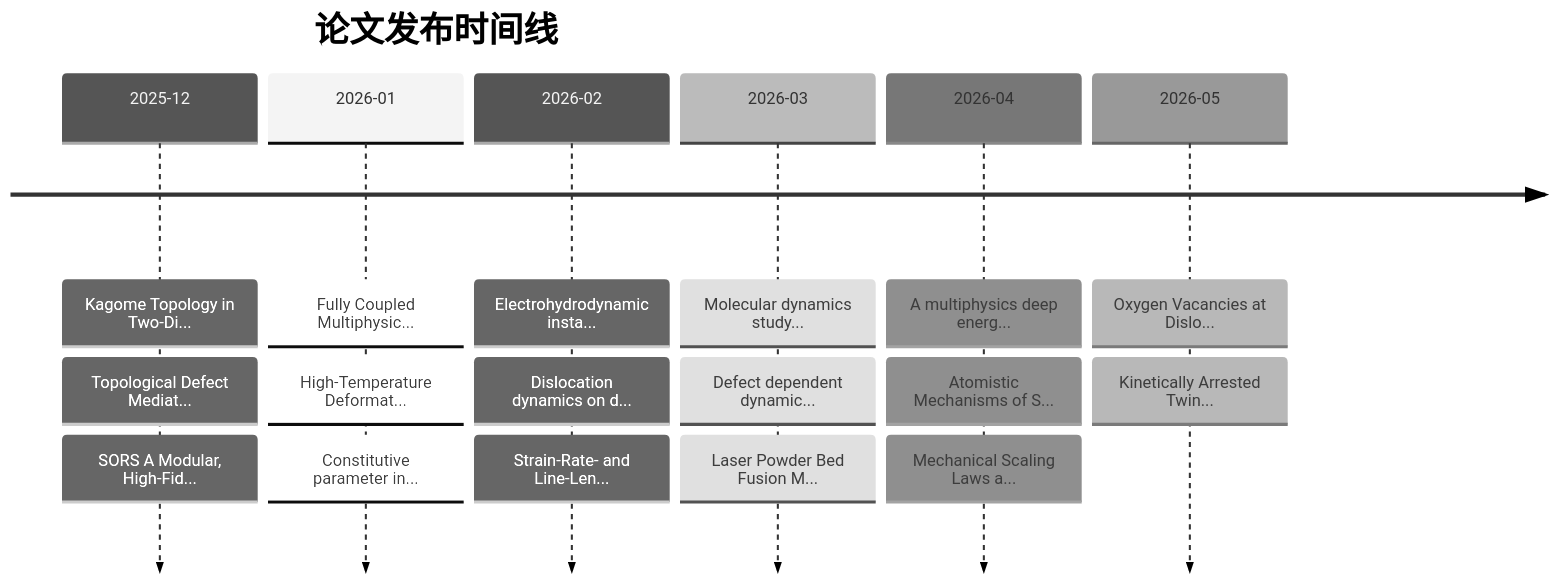
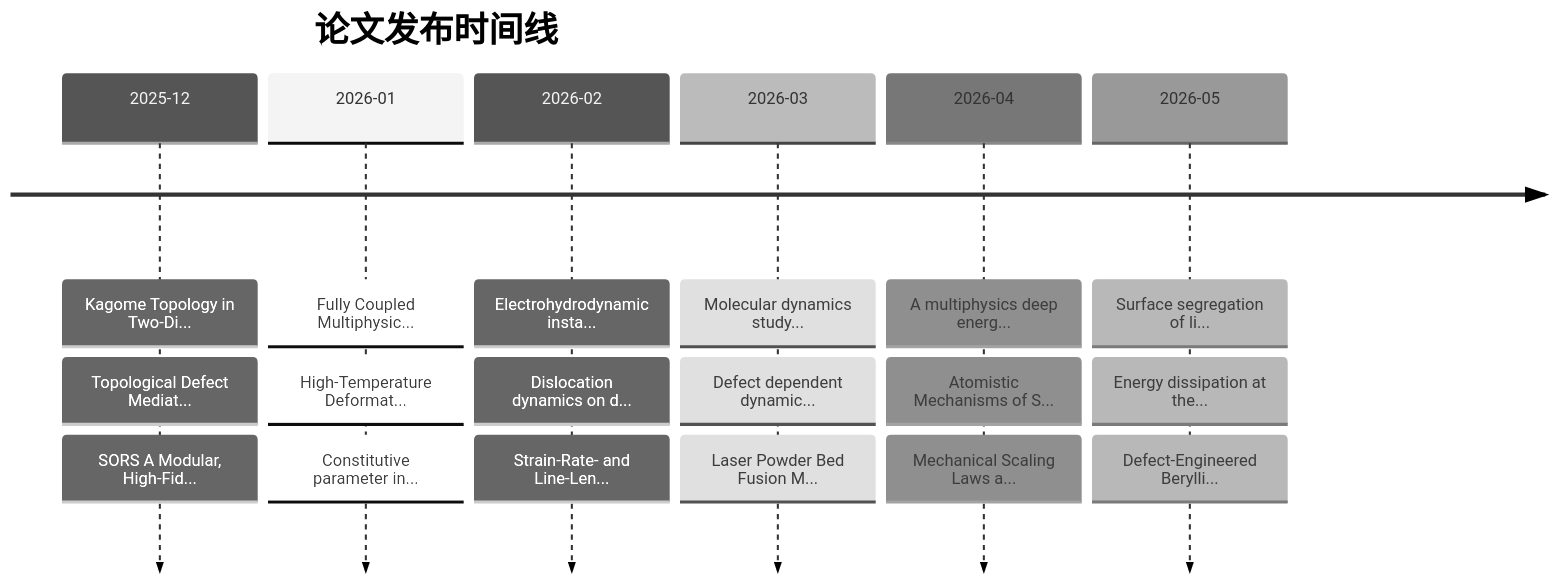
The second of 2 diagrams in README.md (Shirakawa11111/BJK_readpaper), drawn with Mermaid (neutral theme) before and after one commit. The commit also changed other lines of this file and 11 other files, not shown here.

````diff
--- a/README.md
+++ b/README.md
@@ -206,10 +206,10 @@
 ```mermaid
 timeline
     title 论文发布时间线
     2025-12 : Kagome Topology in Two-Di... : Topological Defect Mediat... : SORS A Modular, High-Fid...
     2026-01 : Fully Coupled Multiphysic... : High-Temperature Deformat... : Constitutive parameter in...
     2026-02 : Electrohydrodynamic insta... : Dislocation dynamics on d... : Strain-Rate- and Line-Len...
     2026-03 : Molecular dynamics study... : Defect dependent dynamic... : Laser Powder Bed Fusion M...
     2026-04 : A multiphysics deep energ... : Atomistic Mechanisms of S... : Mechanical Scaling Laws a...
-    2026-05 : Oxygen Vacancies at Dislo... : Kinetically Arrested Twin...
+    2026-05 : Surface segregation of li... : Energy dissipation at the... : Defect-Engineered Berylli...
 ```
````
